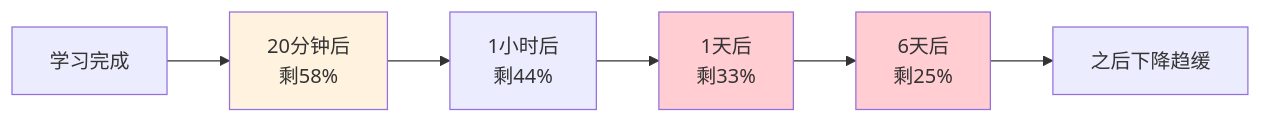
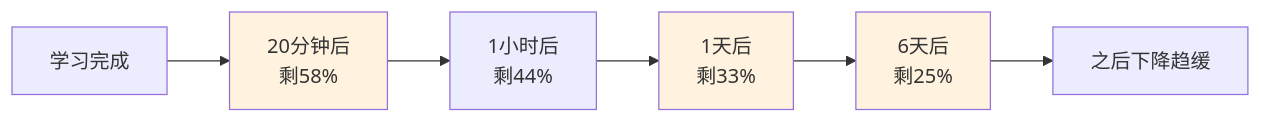
The second of 6 diagrams in packages/website/11.书籍/04.自我精进·学习/16.对抗遗忘记忆法.md (chongyang211/YCBookBlog), drawn with Mermaid before and after one commit. The commit also changed other lines of this file and 17 other files, not shown here.

````diff
--- a/packages/website/11.书籍/04.自我精进·学习/16.对抗遗忘记忆法.md
+++ b/packages/website/11.书籍/04.自我精进·学习/16.对抗遗忘记忆法.md
@@ -77,11 +80,11 @@
 ```mermaid
 graph LR
     A[学习完成] --> B[20分钟后<br/>剩58%]
     B --> C[1小时后<br/>剩44%]
     C --> D[1天后<br/>剩33%]
     D --> E[6天后<br/>剩25%]
     E --> F[之后下降趋缓]
     style B fill:#fff3e0
-    style D fill:#ffcdd2
-    style E fill:#ffcdd2
+    style D fill:#fff3e0
+    style E fill:#fff3e0
 ```
````
